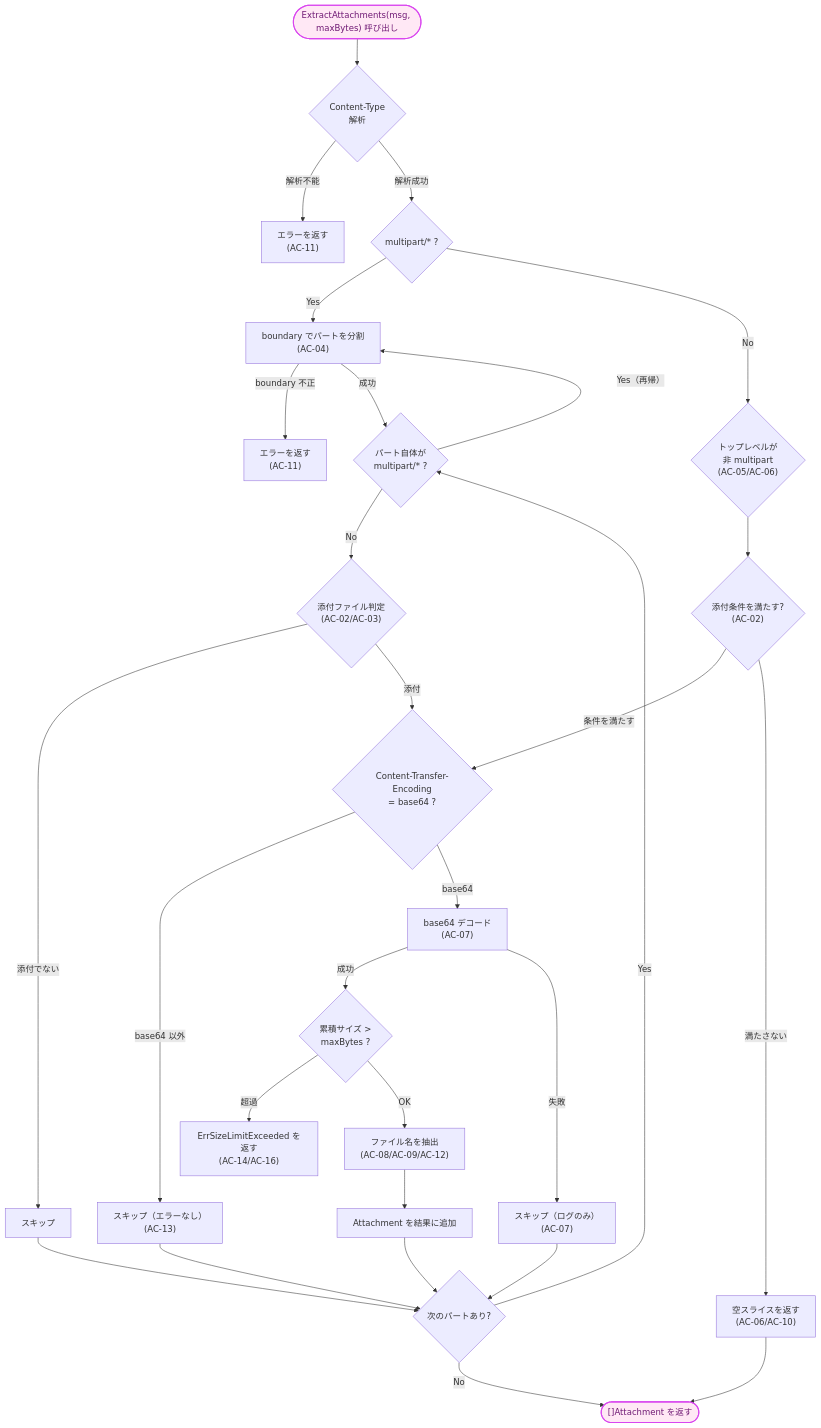
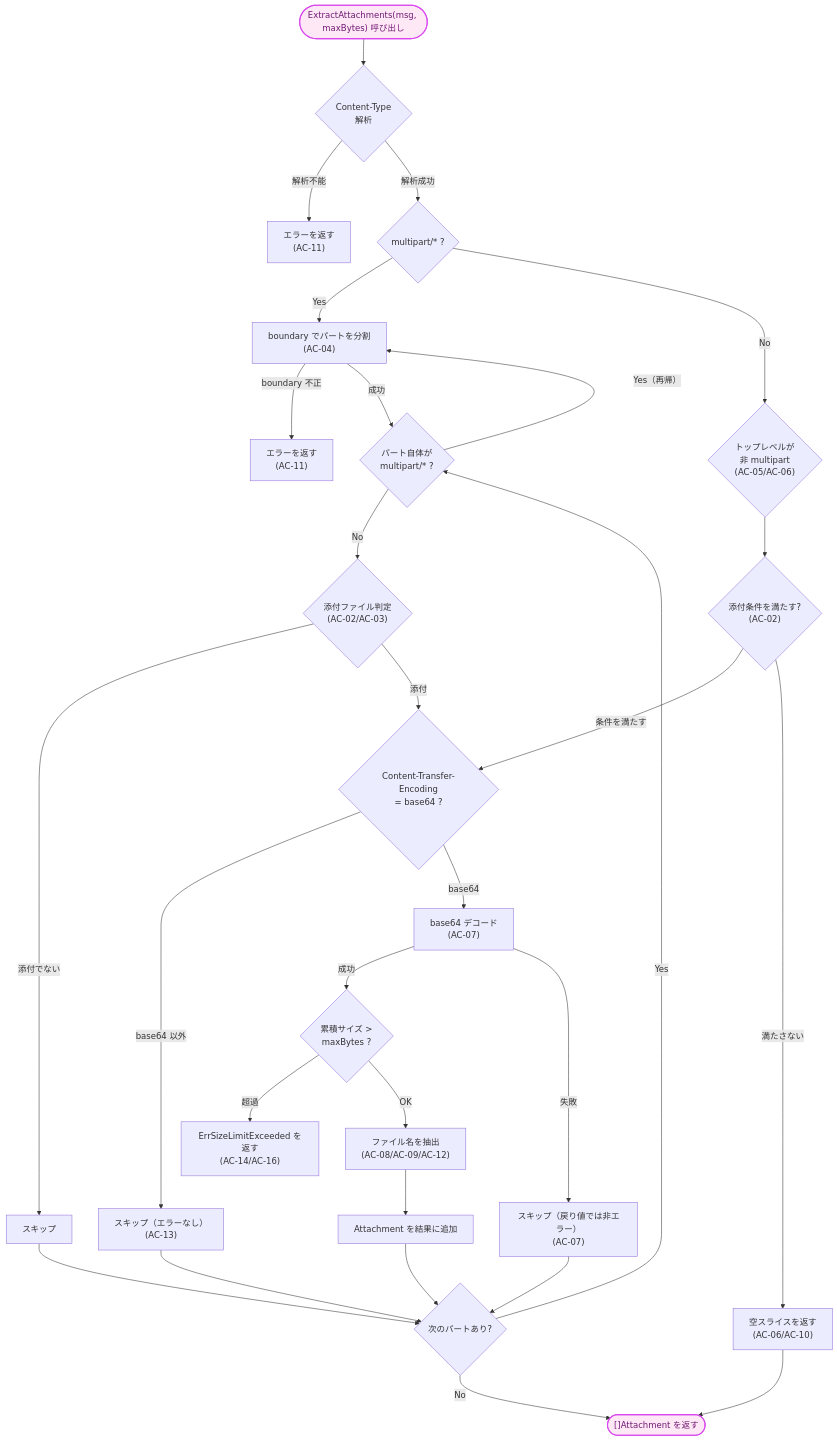
Before and after one commit to isseis/tlsrpt-digest: the fifth of 8 diagrams in docs/tasks/0011_mailparse/02_architecture.md, drawn with Mermaid. The commit also changed other lines of this file, not shown here.

First line of the commit message:
docs: clarify maxBytes semantics and error message format in mailparse architecture

````diff
--- a/docs/tasks/0011_mailparse/02_architecture.md
+++ b/docs/tasks/0011_mailparse/02_architecture.md
@@ -126,58 +126,58 @@
 ```mermaid
 flowchart TD
     classDef newpkg fill:#ffe8f5,stroke:#d946ef,stroke-width:2px,color:#701a75;
 
     Start(["ExtractAttachments(msg, maxBytes) 呼び出し"])
     ParseCT{"Content-Type<br>解析"}
     ParseErr["エラーを返す<br>(AC-11)"]
     IsMultipart{"multipart/* ?"}
     ParseMultipart["boundary でパートを分割<br>(AC-04)"]
     BoundaryErr["エラーを返す<br>(AC-11)"]
     IsPartMultipart{"パート自体が<br>multipart/* ?"}
     CheckPart{"添付ファイル判定<br>(AC-02/AC-03)"}
     SkipPart["スキップ"]
     CheckEnc{"Content-Transfer-Encoding<br>= base64 ?"}
     SkipEnc["スキップ（エラーなし）<br>(AC-13)"]
     DecodeBase64["base64 デコード<br>(AC-07)"]
-    DecodeErr["スキップ（ログのみ）<br>(AC-07)"]
+    DecodeErr["スキップ（戻り値では非エラー）<br>(AC-07)"]
     CheckSize{"累積サイズ ><br>maxBytes ?"}
     SizeErr["ErrSizeLimitExceeded を返す<br>(AC-14/AC-16)"]
     ExtractName["ファイル名を抽出<br>(AC-08/AC-09/AC-12)"]
     AppendResult["Attachment を結果に追加"]
     HasMore{"次のパートあり?"}
     TopLevelCheck{"トップレベルが<br>非 multipart<br>(AC-05/AC-06)"}
     CheckTopPart{"添付条件を満たす?<br>(AC-02)"}
     ReturnEmpty["空スライスを返す<br>(AC-06/AC-10)"]
     Return(["[]Attachment を返す"])
 
     Start --> ParseCT
     ParseCT -->|"解析不能"| ParseErr
     ParseCT -->|"解析成功"| IsMultipart
     IsMultipart -->|"Yes"| ParseMultipart
     IsMultipart -->|"No"| TopLevelCheck
     ParseMultipart -->|"boundary 不正"| BoundaryErr
     ParseMultipart -->|"成功"| IsPartMultipart
     IsPartMultipart -->|"Yes（再帰）"| ParseMultipart
     IsPartMultipart -->|"No"| CheckPart
     CheckPart -->|"添付でない"| SkipPart
     CheckPart -->|"添付"| CheckEnc
     SkipPart --> HasMore
     CheckEnc -->|"base64 以外"| SkipEnc
     CheckEnc -->|"base64"| DecodeBase64
     SkipEnc --> HasMore
     DecodeBase64 -->|"成功"| CheckSize
     DecodeBase64 -->|"失敗"| DecodeErr
     DecodeErr --> HasMore
     CheckSize -->|"超過"| SizeErr
     CheckSize -->|"OK"| ExtractName
     ExtractName --> AppendResult
     AppendResult --> HasMore
     HasMore -->|"Yes"| IsPartMultipart
     HasMore -->|"No"| Return
     TopLevelCheck --> CheckTopPart
     CheckTopPart -->|"条件を満たす"| CheckEnc
     CheckTopPart -->|"満たさない"| ReturnEmpty
     ReturnEmpty --> Return
 
     class Start,Return newpkg
 ```
````
